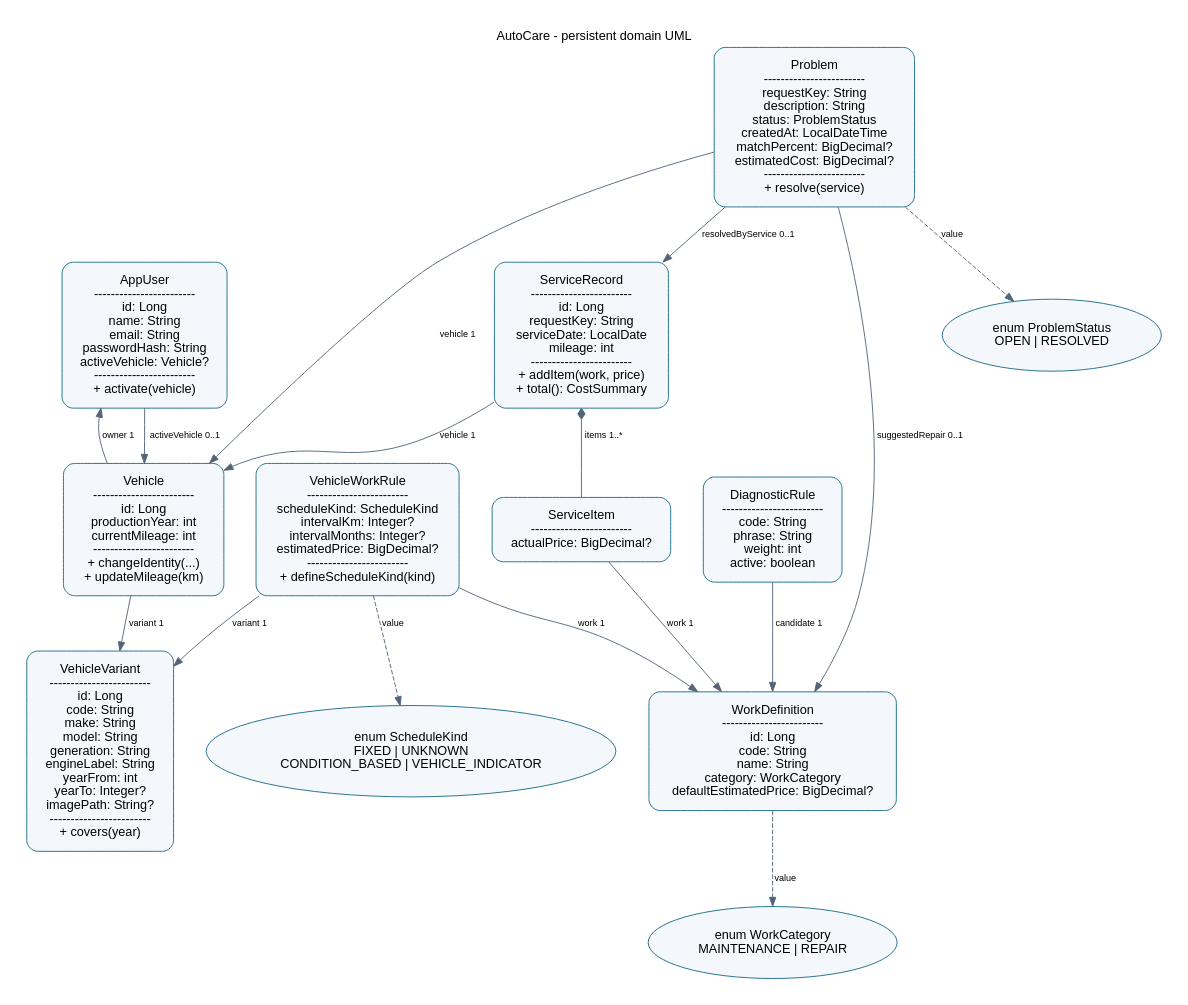
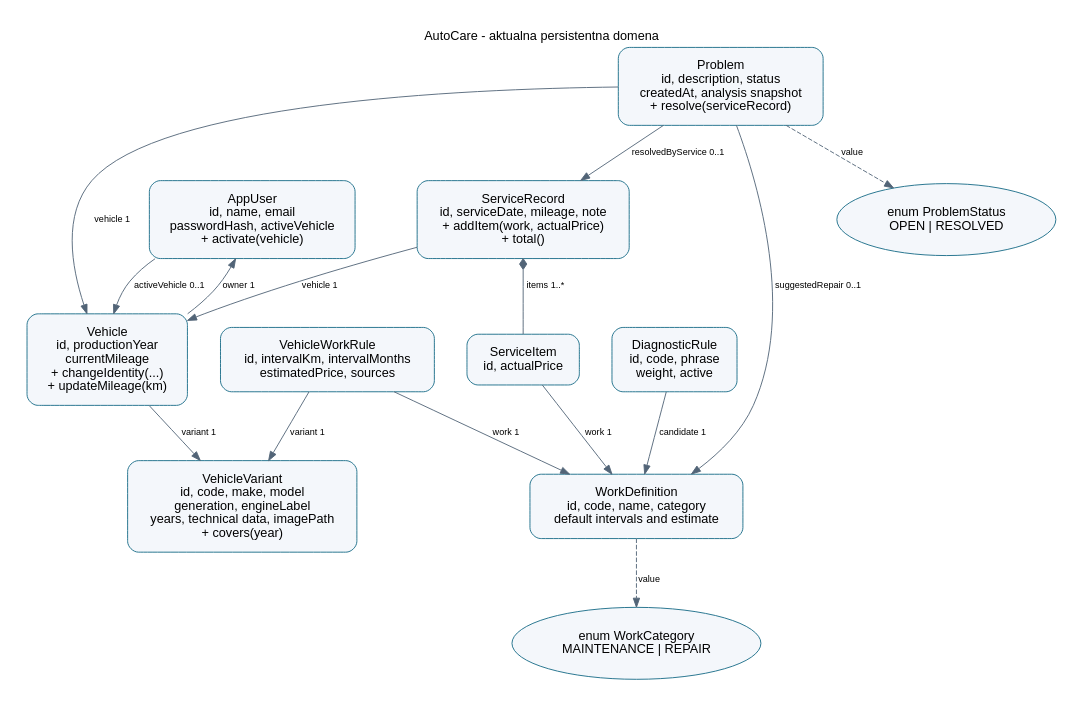
The diagram in docs/domain.dot (KarloLerga/AutoCare), drawn with Graphviz before and after one commit. The commit also changed 31 other files, not shown here.

```diff
--- a/docs/domain.dot
+++ b/docs/domain.dot
@@ -1,50 +1,32 @@
 digraph AutoCareDomain {
-    graph [
-        rankdir=TB,
-        bgcolor="white",
-        pad="0.3",
-        nodesep="0.5",
-        ranksep="0.7",
-        fontname="Helvetica",
-        label="AutoCare - persistent domain UML",
-        labelloc=t
-    ];
-    node [
-        fontname="Helvetica",
-        shape=box,
-        style="rounded,filled",
-        fillcolor="#F4F7FB",
-        color="#176B87",
-        margin="0.18"
-    ];
+    graph [rankdir=TB, bgcolor="white", pad="0.3", nodesep="0.5", ranksep="0.7", fontname="Helvetica", label="AutoCare - aktualna persistentna domena", labelloc=t];
+    node [fontname="Helvetica", shape=box, style="rounded,filled", fillcolor="#F4F7FB", color="#176B87", margin="0.18"];
     edge [fontname="Helvetica", fontsize=10, color="#526477"];
 
-    AppUser [label="AppUser\n------------------------\nid: Long\nname: String\nemail: String\npasswordHash: String\nactiveVehicle: Vehicle?\n------------------------\n+ activate(vehicle)"];
-    VehicleVariant [label="VehicleVariant\n------------------------\nid: Long\ncode: String\nmake: String\nmodel: String\ngeneration: String\nengineLabel: String\nyearFrom: int\nyearTo: Integer?\nimagePath: String?\n------------------------\n+ covers(year)"];
-    Vehicle [label="Vehicle\n------------------------\nid: Long\nproductionYear: int\ncurrentMileage: int\n------------------------\n+ changeIdentity(...)\n+ updateMileage(km)"];
-    WorkDefinition [label="WorkDefinition\n------------------------\nid: Long\ncode: String\nname: String\ncategory: WorkCategory\ndefaultEstimatedPrice: BigDecimal?"];
-    VehicleWorkRule [label="VehicleWorkRule\n------------------------\nscheduleKind: ScheduleKind\nintervalKm: Integer?\nintervalMonths: Integer?\nestimatedPrice: BigDecimal?\n------------------------\n+ defineScheduleKind(kind)"];
-    ServiceRecord [label="ServiceRecord\n------------------------\nid: Long\nrequestKey: String\nserviceDate: LocalDate\nmileage: int\n------------------------\n+ addItem(work, price)\n+ total(): CostSummary"];
-    ServiceItem [label="ServiceItem\n------------------------\nactualPrice: BigDecimal?"];
-    Problem [label="Problem\n------------------------\nrequestKey: String\ndescription: String\nstatus: ProblemStatus\ncreatedAt: LocalDateTime\nmatchPercent: BigDecimal?\nestimatedCost: BigDecimal?\n------------------------\n+ resolve(service)"];
-    DiagnosticRule [label="DiagnosticRule\n------------------------\ncode: String\nphrase: String\nweight: int\nactive: boolean"];
+    AppUser [label="AppUser\nid, name, email\npasswordHash, activeVehicle\n+ activate(vehicle)"];
+    VehicleVariant [label="VehicleVariant\nid, code, make, model\ngeneration, engineLabel\nyears, technical data, imagePath\n+ covers(year)"];
+    Vehicle [label="Vehicle\nid, productionYear\ncurrentMileage\n+ changeIdentity(...)\n+ updateMileage(km)"];
+    WorkDefinition [label="WorkDefinition\nid, code, name, category\ndefault intervals and estimate"];
+    VehicleWorkRule [label="VehicleWorkRule\nid, intervalKm, intervalMonths\nestimatedPrice, sources"];
+    ServiceRecord [label="ServiceRecord\nid, serviceDate, mileage, note\n+ addItem(work, actualPrice)\n+ total()"];
+    ServiceItem [label="ServiceItem\nid, actualPrice"];
+    Problem [label="Problem\nid, description, status\ncreatedAt, analysis snapshot\n+ resolve(serviceRecord)"];
+    DiagnosticRule [label="DiagnosticRule\nid, code, phrase\nweight, active"];
     WorkCategory [shape=ellipse, label="enum WorkCategory\nMAINTENANCE | REPAIR"];
     ProblemStatus [shape=ellipse, label="enum ProblemStatus\nOPEN | RESOLVED"];
-    ScheduleKind [shape=ellipse, label="enum ScheduleKind\nFIXED | UNKNOWN\nCONDITION_BASED | VEHICLE_INDICATOR"];
 
     AppUser -> Vehicle [label="activeVehicle 0..1"];
     Vehicle -> AppUser [label="owner 1"];
     Vehicle -> VehicleVariant [label="variant 1"];
     VehicleWorkRule -> VehicleVariant [label="variant 1"];
     VehicleWorkRule -> WorkDefinition [label="work 1"];
     ServiceRecord -> Vehicle [label="vehicle 1"];
     ServiceRecord -> ServiceItem [dir=both, arrowtail=diamond, arrowhead=none, label="items 1..*"];
     ServiceItem -> WorkDefinition [label="work 1"];
     Problem -> Vehicle [label="vehicle 1"];
     Problem -> WorkDefinition [label="suggestedRepair 0..1"];
     Problem -> ServiceRecord [label="resolvedByService 0..1"];
     DiagnosticRule -> WorkDefinition [label="candidate 1"];
     WorkDefinition -> WorkCategory [style=dashed, label="value"];
     Problem -> ProblemStatus [style=dashed, label="value"];
-    VehicleWorkRule -> ScheduleKind [style=dashed, label="value"];
 }
```
